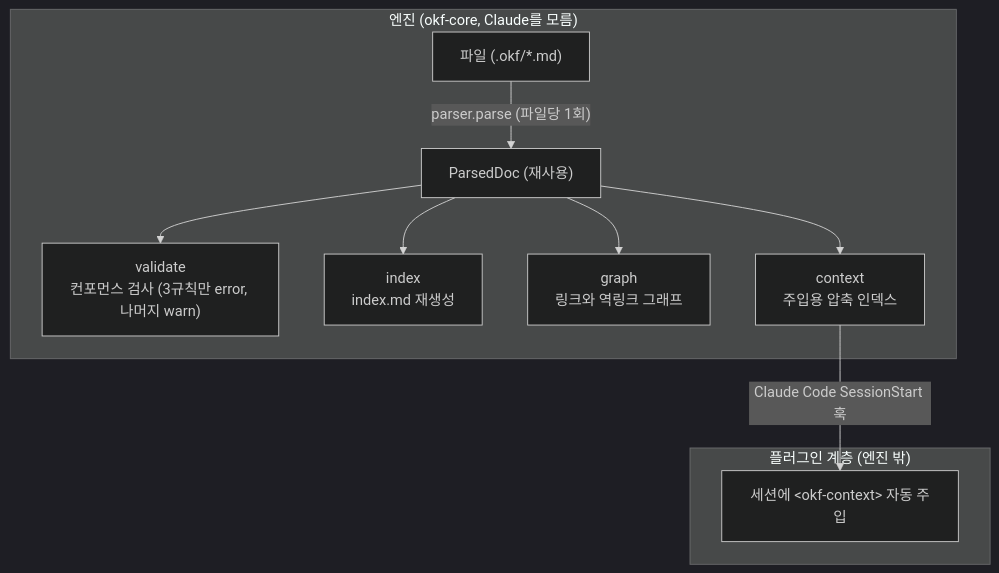
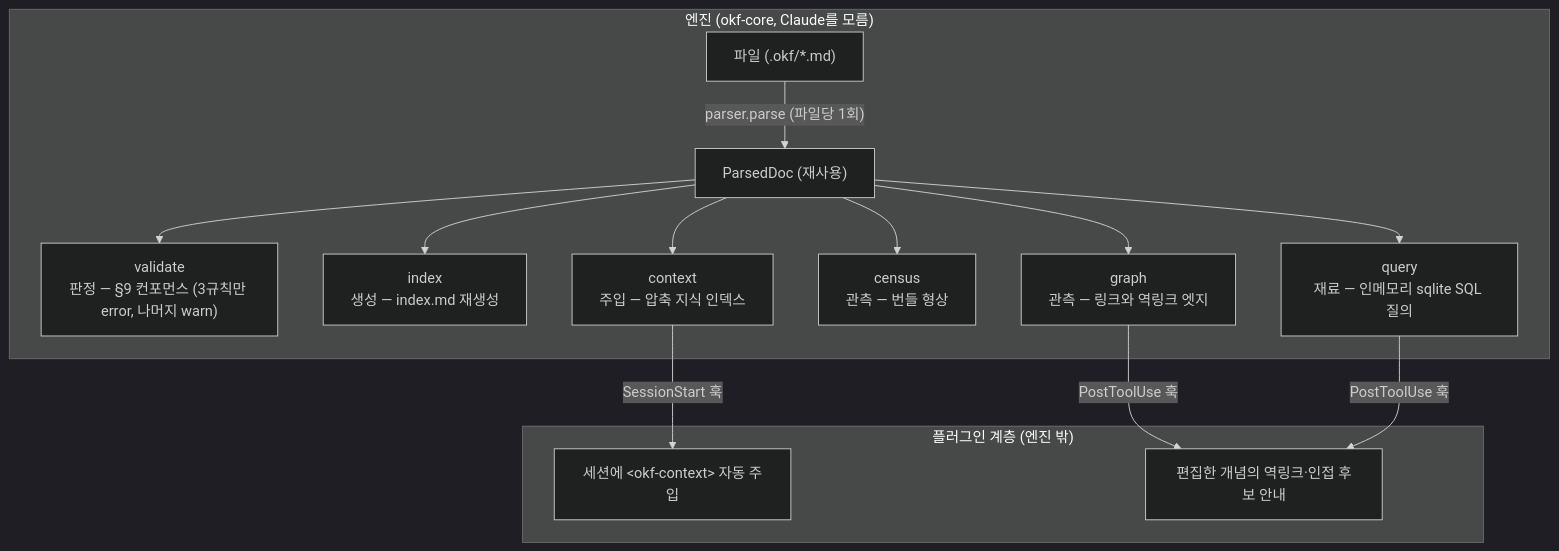
Before and after one commit to pmmm114/okf-wiki-plugin: the diagram in README.md, drawn with Mermaid (dark theme). The commit also changed other lines of this file and 2 other files, not shown here.

Commit message:
docs(readme): 동작 방식 현행화 — query·census·훅 확장 반영 + 엔진 배선 게이트
#331 착지(#340~#345) 후 README 동작 방식 절이 엔진 4모듈 시절에 머물러 있었다.
전 항목을 코드·실행으로 실증해 다시 썼다.

- 다이어그램: census(관측)·query(재료) 노드 합류, 역할 어휘를 docstring 정본
  형식으로 표기, PostToolUse 역링크·인접 후보 흐름 추가
- 스코프 문장 교정: ".okf-wiki.json 없으면 무동작"은 vault 폴백(#91 V3) 이후
  거짓 — 프로젝트 설정 → vault 폴백 → 무동작 3단으로 재기술
- 배선 게이트 신설(scripts/test_readme_sync.py): ParsedDoc 소비 서브커맨드
  집합을 코드에서 유도해 다이어그램 완전성을, 역할 표기를 docstring 첫 줄과
  대조해 어휘 정합을 잠근다 — 이 절이 다시 조용히 썩지 않게
- 카운터 게이트 확장: index·graph·context에도 파스 1회 카운터를 걸어 README의
  "호출 카운터 테스트" 문장을 전 소비자에 대해 참으로 만든다

````diff
--- a/README.md
+++ b/README.md
@@ -154,14 +154,19 @@
 ```mermaid
 flowchart TD
     subgraph engine["엔진 (okf-core, Claude를 모름)"]
         F["파일 (.okf/*.md)"] -->|"parser.parse (파일당 1회)"| P["ParsedDoc (재사용)"]
-        P --> V["validate<br/>컨포먼스 검사 (3규칙만 error, 나머지 warn)"]
-        P --> I["index<br/>index.md 재생성"]
-        P --> G["graph<br/>링크와 역링크 그래프"]
-        P --> C["context<br/>주입용 압축 인덱스"]
+        P --> V["validate<br/>판정 — §9 컨포먼스 (3규칙만 error, 나머지 warn)"]
+        P --> I["index<br/>생성 — index.md 재생성"]
+        P --> G["graph<br/>관측 — 링크와 역링크 엣지"]
+        P --> N["census<br/>관측 — 번들 형상"]
+        P --> Q["query<br/>재료 — 인메모리 sqlite SQL 질의"]
+        P --> C["context<br/>주입 — 압축 지식 인덱스"]
     end
     subgraph plugin["플러그인 계층 (엔진 밖)"]
         O["세션에 &lt;okf-context&gt; 자동 주입"]
+        B["편집한 개념의 역링크·인접 후보 안내"]
     end
-    C -->|"Claude Code SessionStart 훅"| O
+    C -->|"SessionStart 훅"| O
+    G -->|"PostToolUse 훅"| B
+    Q -->|"PostToolUse 훅"| B
 ```
````
